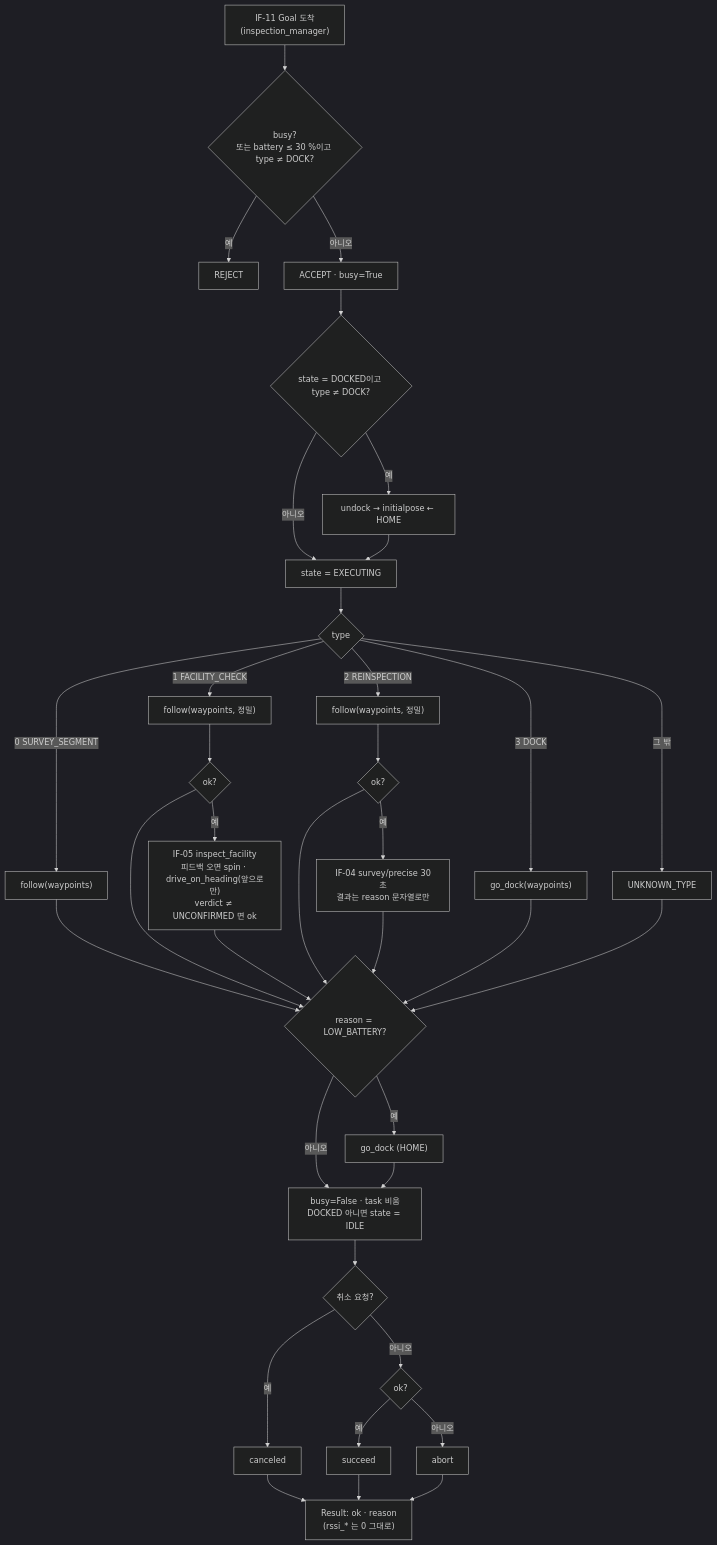
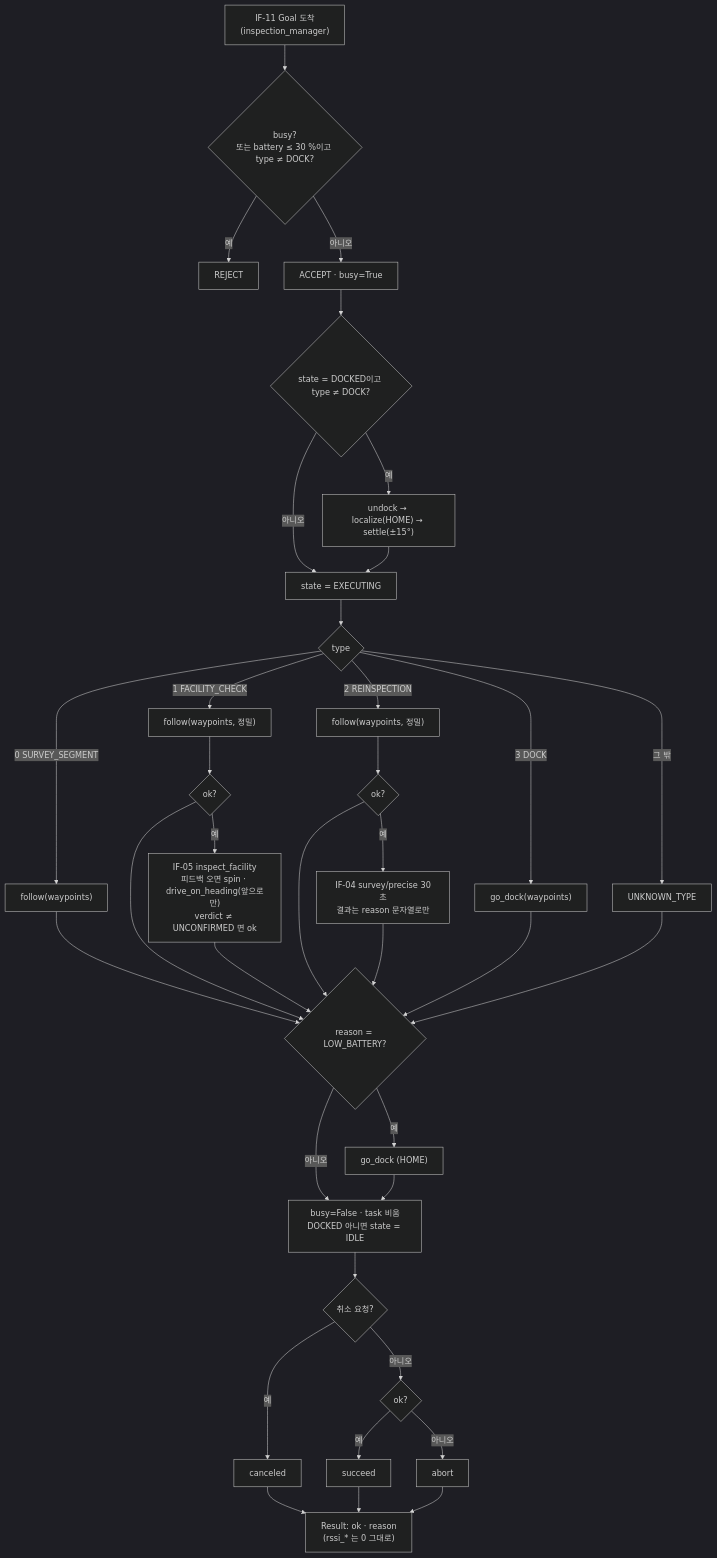
One commit to HJAE99/B_0102_Final_Project-archive changed the third of 5 diagrams in docs/driving/mission_executor_flow.md. Above: the diagram before and after it, drawn with Mermaid (dark theme). The commit also changed other lines of this file, not shown here.

Commit message:
docs: mission_executor 흐름도를 fd23581 기준으로 갱신 (localize·settle, robot3 HOME, DOCK_BACKOFF)

````diff
--- a/docs/driving/mission_executor_flow.md
+++ b/docs/driving/mission_executor_flow.md
@@ -77,28 +78,28 @@
 ```mermaid
 flowchart TD
     G0["IF-11 Goal 도착<br/>(inspection_manager)"] --> A{"busy?<br/>또는 battery ≤ 30 %이고 type ≠ DOCK?"}
     A -- 예 --> R["REJECT"]
     A -- 아니오 --> B["ACCEPT · busy=True"]
     B --> C{"state = DOCKED이고 type ≠ DOCK?"}
-    C -- 예 --> C1["undock → initialpose ← HOME"]
+    C -- 예 --> C1["undock → localize(HOME) → settle(±15°)"]
     C -- 아니오 --> D
     C1 --> D["state = EXECUTING"]
     D --> T{"type"}
     T -- "0 SURVEY_SEGMENT" --> S0["follow(waypoints)"]
     T -- "1 FACILITY_CHECK" --> S1["follow(waypoints, 정밀)"] --> S1b{"ok?"}
     S1b -- 예 --> S1c["IF-05 inspect_facility<br/>피드백 오면 spin · drive_on_heading(앞으로만)<br/>verdict ≠ UNCONFIRMED 면 ok"]
     T -- "2 REINSPECTION" --> S2["follow(waypoints, 정밀)"] --> S2b{"ok?"}
     S2b -- 예 --> S2c["IF-04 survey/precise 30초<br/>결과는 reason 문자열로만"]
     T -- "3 DOCK" --> S3["go_dock(waypoints)"]
     T -- 그 밖 --> S4["UNKNOWN_TYPE"]
     S0 & S1b & S1c & S2b & S2c & S3 & S4 --> L{"reason = LOW_BATTERY?"}
     L -- 예 --> L1["go_dock (HOME)"]
     L -- 아니오 --> F
     L1 --> F["busy=False · task 비움<br/>DOCKED 아니면 state = IDLE"]
     F --> Z{"취소 요청?"}
     Z -- 예 --> Z1["canceled"]
     Z -- 아니오 --> Z2{"ok?"}
     Z2 -- 예 --> Z3["succeed"]
     Z2 -- 아니오 --> Z4["abort"]
     Z1 & Z3 & Z4 --> RES["Result: ok · reason<br/>(rssi_* 는 0 그대로)"]
 ```
````
